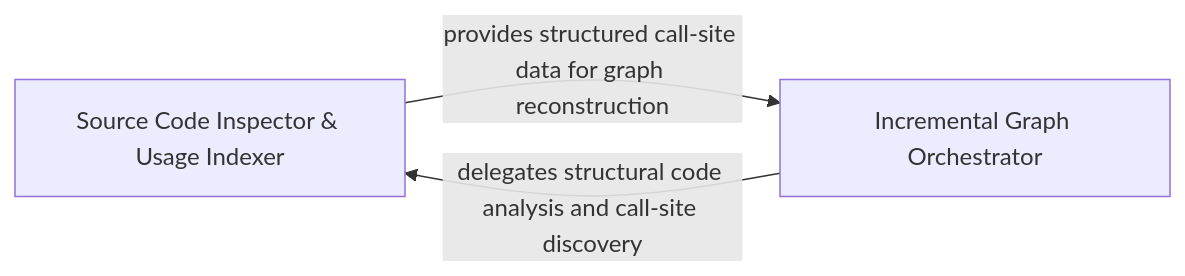
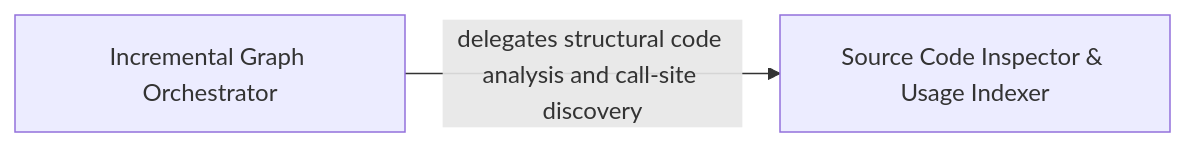
Before and after one commit to CodeBoarding/CodeBoarding: the diagram in .codeboarding/Incremental_Update_Dependency_Orchestrator.md, drawn with Mermaid. The commit also changed other lines of this file and 24 other files, not shown here.

Commit message:
chore(codeboarding): sync architecture baseline

````diff
--- a/.codeboarding/Incremental_Update_Dependency_Orchestrator.md
+++ b/.codeboarding/Incremental_Update_Dependency_Orchestrator.md
@@ -1,7 +1,6 @@
 ```mermaid
 graph LR
     Source_Code_Inspector_Usage_Indexer["Source Code Inspector & Usage Indexer"]
     Incremental_Graph_Orchestrator["Incremental Graph Orchestrator"]
-    Source_Code_Inspector_Usage_Indexer -- "provides structured call-site data for graph reconstruction" --> Incremental_Graph_Orchestrator
     Incremental_Graph_Orchestrator -- "delegates structural code analysis and call-site discovery" --> Source_Code_Inspector_Usage_Indexer
 ```
````
